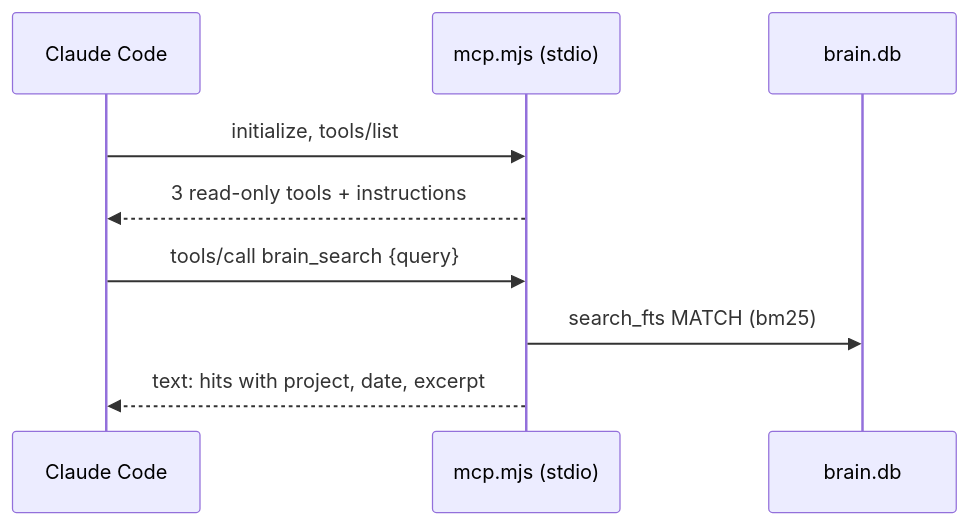
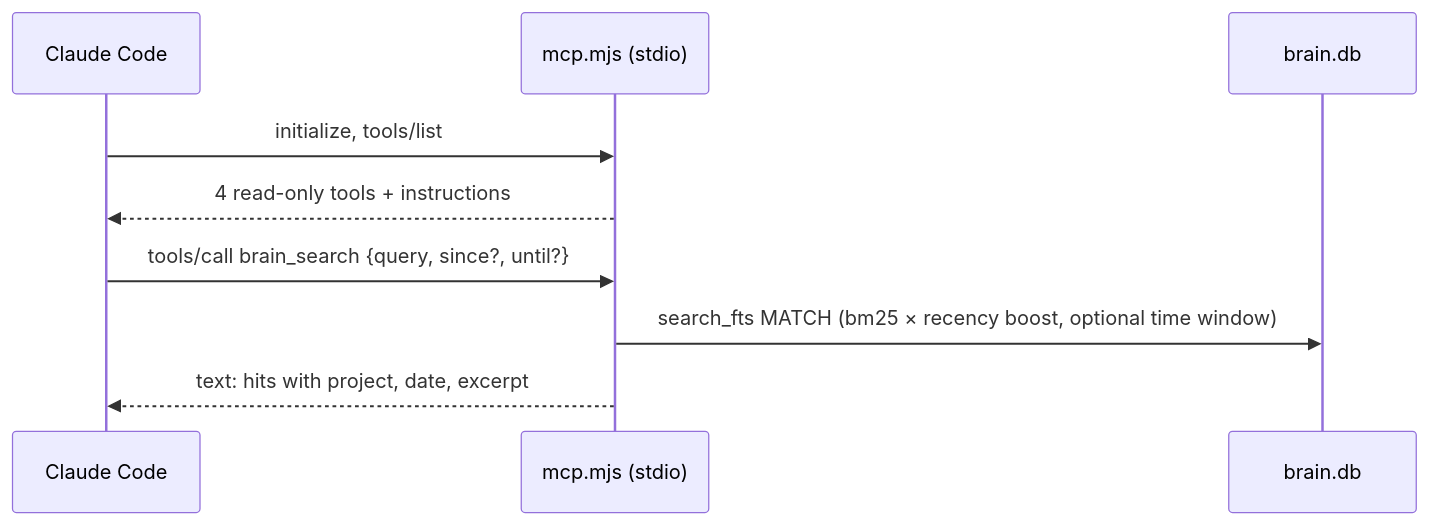
One commit to hienct-fpt/personal-brain changed the fifth of 5 diagrams in docs/PLAN.md. Above: the diagram before and after it, drawn with Mermaid. The commit also changed other lines of this file and 13 other files, not shown here.

First line of the commit message:
Add memory types, brain_profile and time-scoped search

````diff
--- a/docs/PLAN.md
+++ b/docs/PLAN.md
@@ -119,11 +119,11 @@
 ```mermaid
 sequenceDiagram
   participant CC as Claude Code
   participant M as mcp.mjs (stdio)
   participant DB as brain.db
   CC->>M: initialize, tools/list
-  M-->>CC: 3 read-only tools + instructions
-  CC->>M: tools/call brain_search {query}
-  M->>DB: search_fts MATCH (bm25)
+  M-->>CC: 4 read-only tools + instructions
+  CC->>M: tools/call brain_search {query, since?, until?}
+  M->>DB: search_fts MATCH (bm25 × recency boost, optional time window)
   M-->>CC: text: hits with project, date, excerpt
 ```
````
